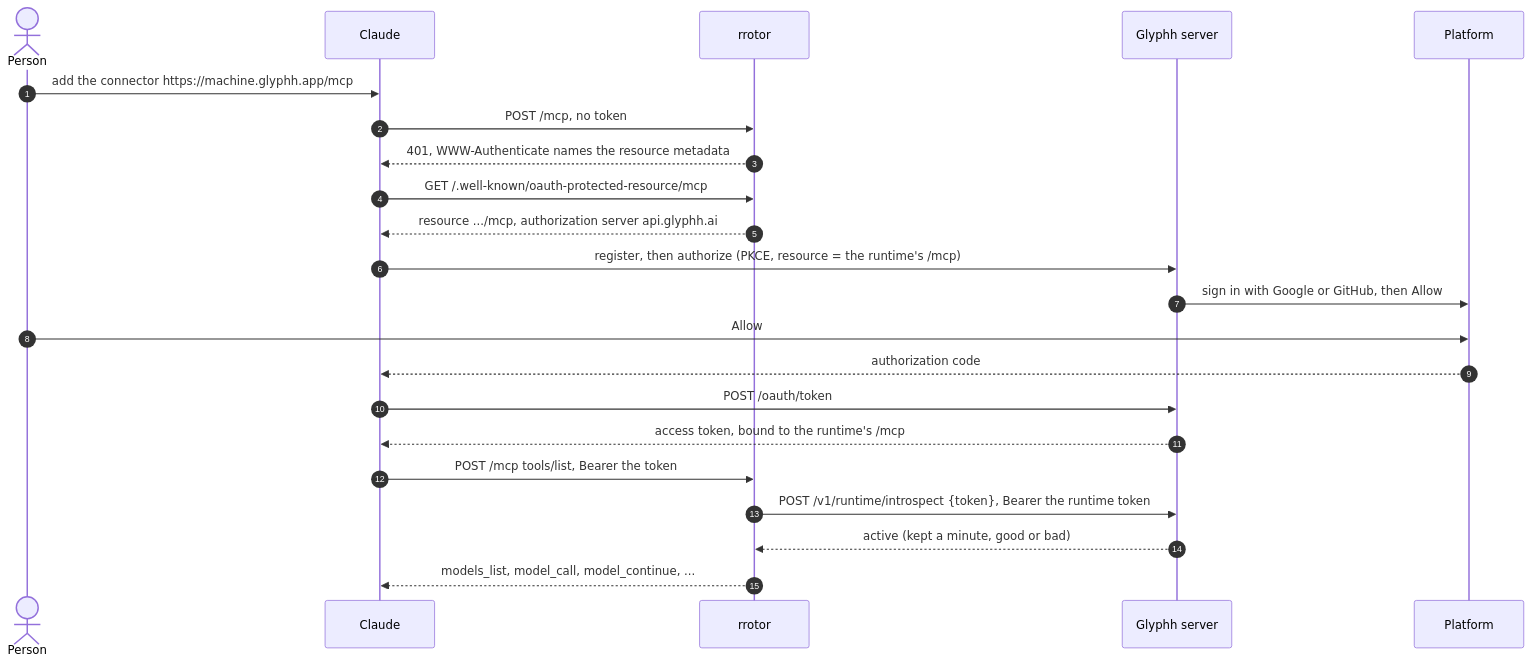
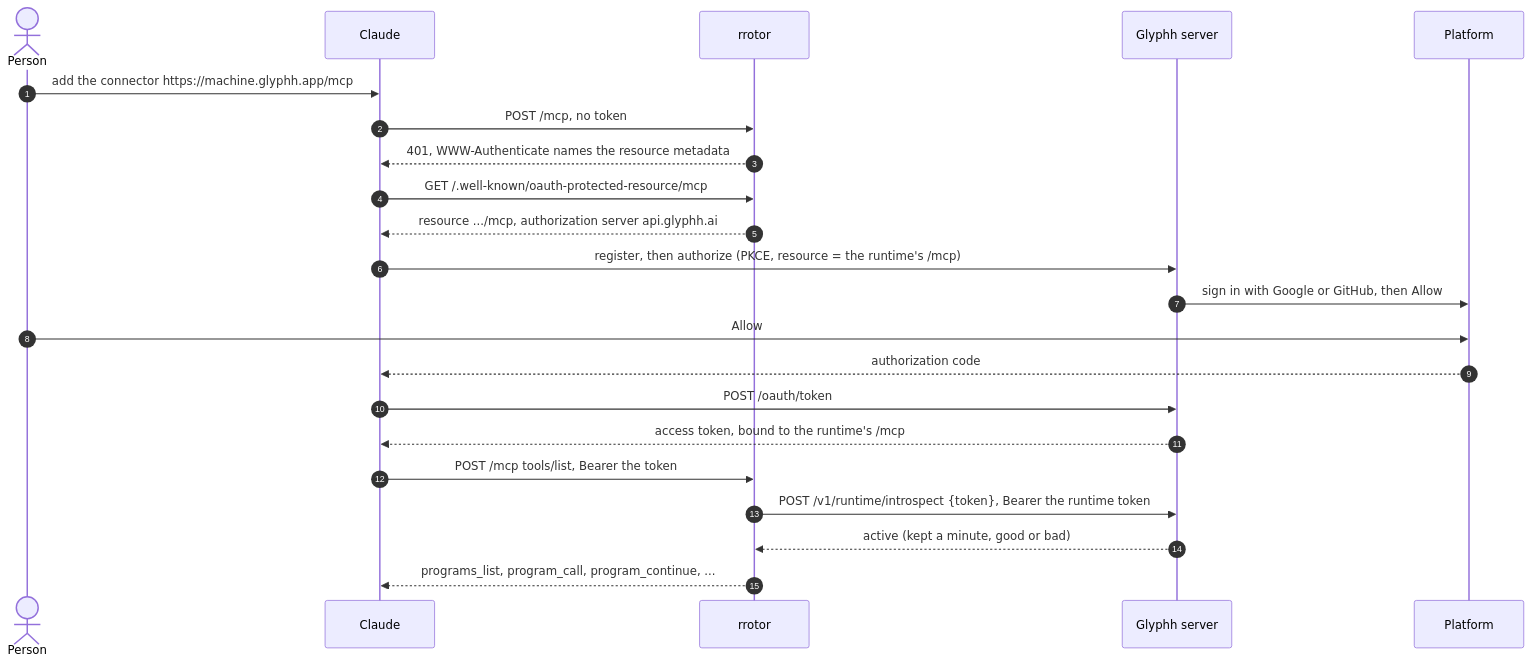
The first of 5 diagrams in docs/architecture.md (glyphh-ai/rrotor), drawn with Mermaid before and after one commit. The commit also changed other lines of this file and 98 other files, not shown here.

First line of the commit message:
Rename model back to program: rrotor runs programs, never Ada models

````diff
--- a/docs/architecture.md
+++ b/docs/architecture.md
@@ -50,24 +50,24 @@
 ```mermaid
 sequenceDiagram
     autonumber
     actor P as Person
     participant C as Claude
     participant R as rrotor
     participant G as Glyphh server
     participant W as Platform
     P->>C: add the connector https://machine.glyphh.app/mcp
     C->>R: POST /mcp, no token
     R-->>C: 401, WWW-Authenticate names the resource metadata
     C->>R: GET /.well-known/oauth-protected-resource/mcp
     R-->>C: resource .../mcp, authorization server api.glyphh.ai
     C->>G: register, then authorize (PKCE, resource = the runtime's /mcp)
     G->>W: sign in with Google or GitHub, then Allow
     P->>W: Allow
     W-->>C: authorization code
     C->>G: POST /oauth/token
     G-->>C: access token, bound to the runtime's /mcp
     C->>R: POST /mcp tools/list, Bearer the token
     R->>G: POST /v1/runtime/introspect {token}, Bearer the runtime token
     G-->>R: active (kept a minute, good or bad)
-    R-->>C: models_list, model_call, model_continue, ...
+    R-->>C: programs_list, program_call, program_continue, ...
 ```
````
